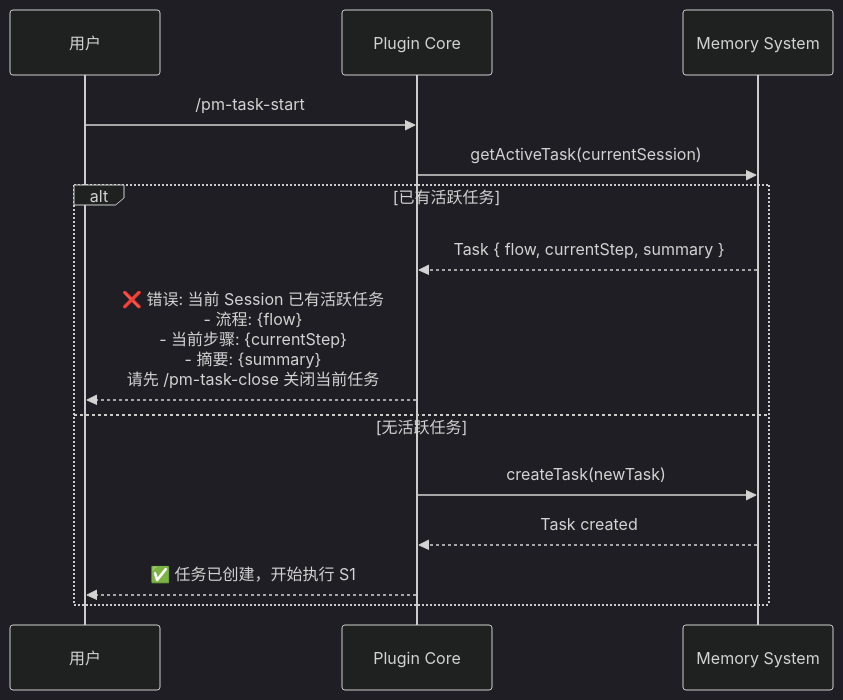
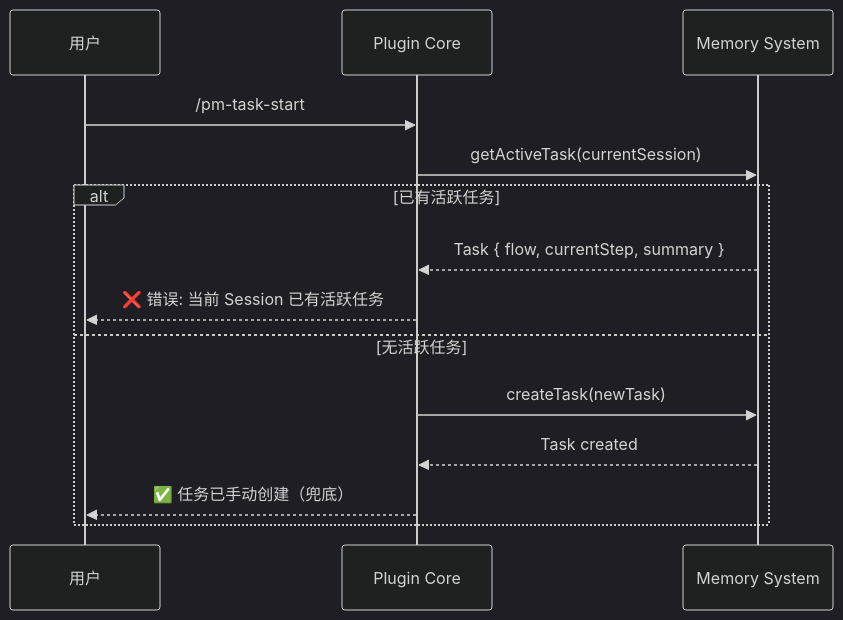
Before and after one commit to hank-cp/opencode-vibe-pm: the second of 3 diagrams in docs/spec/vibe-pm-flow-engine.md, drawn with Mermaid (dark theme). The commit also changed other lines of this file and 10 other files, not shown here.

````diff
--- a/docs/spec/vibe-pm-flow-engine.md
+++ b/docs/spec/vibe-pm-flow-engine.md
@@ -32,18 +75,18 @@
 ```mermaid
 sequenceDiagram
     participant User as 用户
     participant Core as Plugin Core
     participant Mem as Memory System
     
     User->>Core: /pm-task-start
     Core->>Mem: getActiveTask(currentSession)
     
     alt 已有活跃任务
         Mem-->>Core: Task { flow, currentStep, summary }
-        Core-->>User: ❌ 错误: 当前 Session 已有活跃任务<br/>- 流程: {flow}<br/>- 当前步骤: {currentStep}<br/>- 摘要: {summary}<br/>请先 /pm-task-close 关闭当前任务
+        Core-->>User: ❌ 错误: 当前 Session 已有活跃任务
     else 无活跃任务
         Core->>Mem: createTask(newTask)
         Mem-->>Core: Task created
-        Core-->>User: ✅ 任务已创建，开始执行 S1
+        Core-->>User: ✅ 任务已手动创建（兜底）
     end
 ```
````
